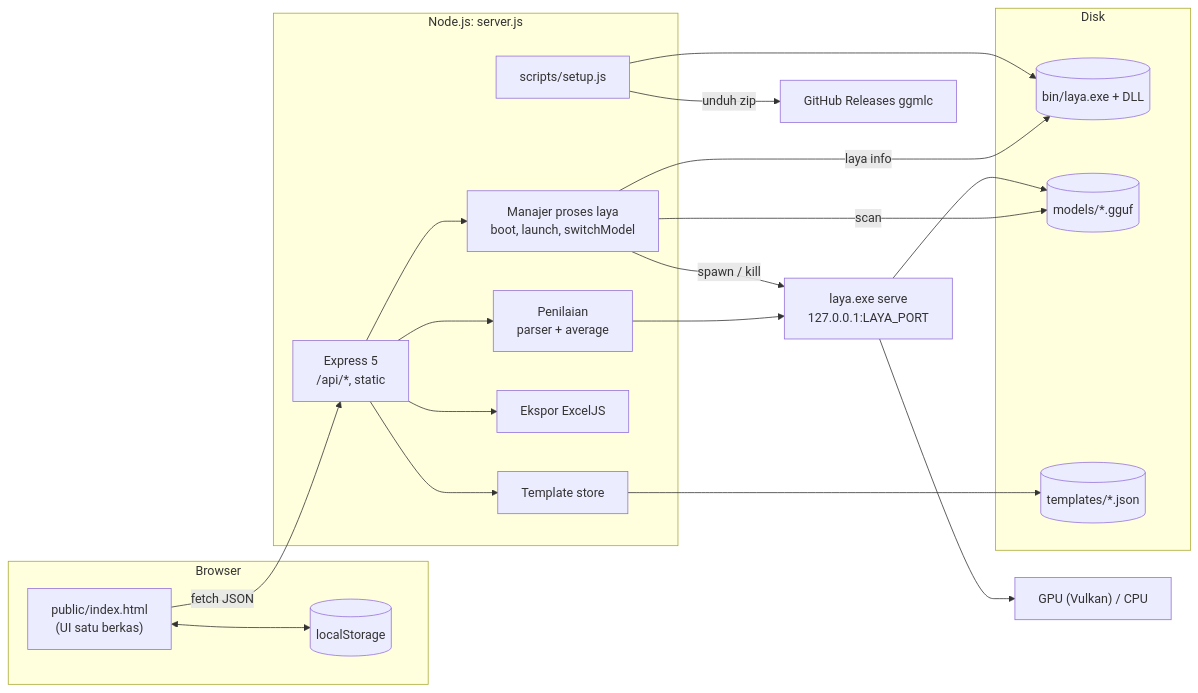
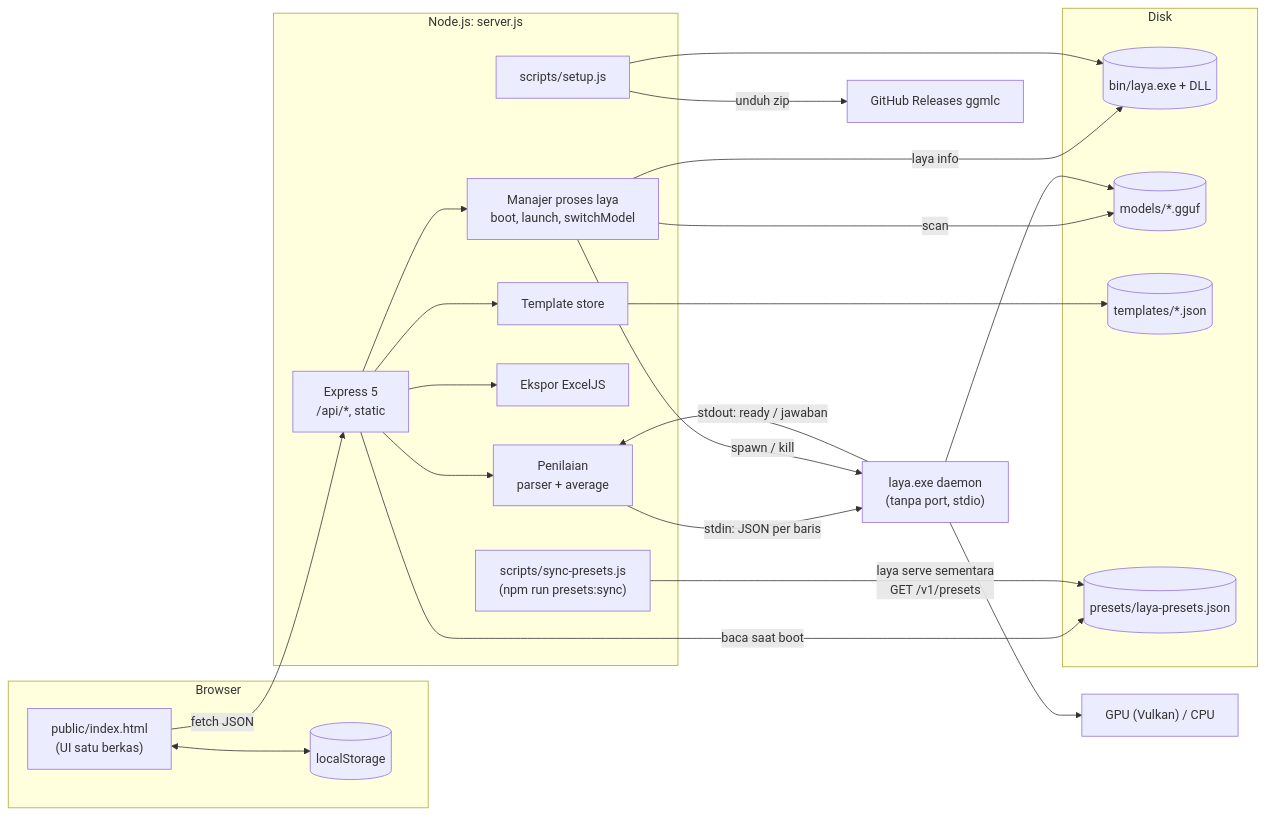
One commit to Cloud-Dark/sentiment-with-decission-model changed the first of 3 diagrams in docs/05_ARCHITECTURE.md. Above: the diagram before and after it, drawn with Mermaid. The commit also changed other lines of this file and 15 other files, not shown here.

First line of the commit message:
refactor: run laya as stdio daemon so the app exposes a single port

````diff
--- a/docs/05_ARCHITECTURE.md
+++ b/docs/05_ARCHITECTURE.md
@@ -13,37 +13,42 @@
 ```mermaid
 flowchart LR
   subgraph Browser
     UI["public/index.html<br/>(UI satu berkas)"]
     LS[("localStorage")]
   end
   subgraph Node["Node.js: server.js"]
     EX["Express 5<br/>/api/*, static"]
     PM["Manajer proses laya<br/>boot, launch, switchModel"]
     SC["Penilaian<br/>parser + average"]
     TP["Template store"]
     XL["Ekspor ExcelJS"]
     ST["scripts/setup.js"]
+    SY["scripts/sync-presets.js<br/>(npm run presets:sync)"]
   end
   subgraph Disk
     BIN[("bin/laya.exe + DLL")]
     MOD[("models/*.gguf")]
     TPL[("templates/*.json")]
+    PRS[("presets/laya-presets.json")]
   end
-  LAYA["laya.exe serve<br/>127.0.0.1:LAYA_PORT"]
+  LAYA["laya.exe daemon<br/>(tanpa port, stdio)"]
   GPU["GPU (Vulkan) / CPU"]
   GH["GitHub Releases ggmlc"]
 
   UI -- fetch JSON --> EX
   UI <--> LS
-  EX --> SC --> LAYA
+  EX --> SC -- "stdin: JSON per baris" --> LAYA
+  LAYA -- "stdout: ready / jawaban" --> SC
+  EX -- "baca saat boot" --> PRS
   EX --> TP --> TPL
   EX --> XL
   EX --> PM
   PM -- spawn / kill --> LAYA
   PM -- "laya info" --> BIN
   PM -- scan --> MOD
   ST -- unduh zip --> GH
   ST --> BIN
+  SY -- "laya serve sementara<br/>GET /v1/presets" --> PRS
   LAYA --> MOD
   LAYA --> GPU
 ```
````
